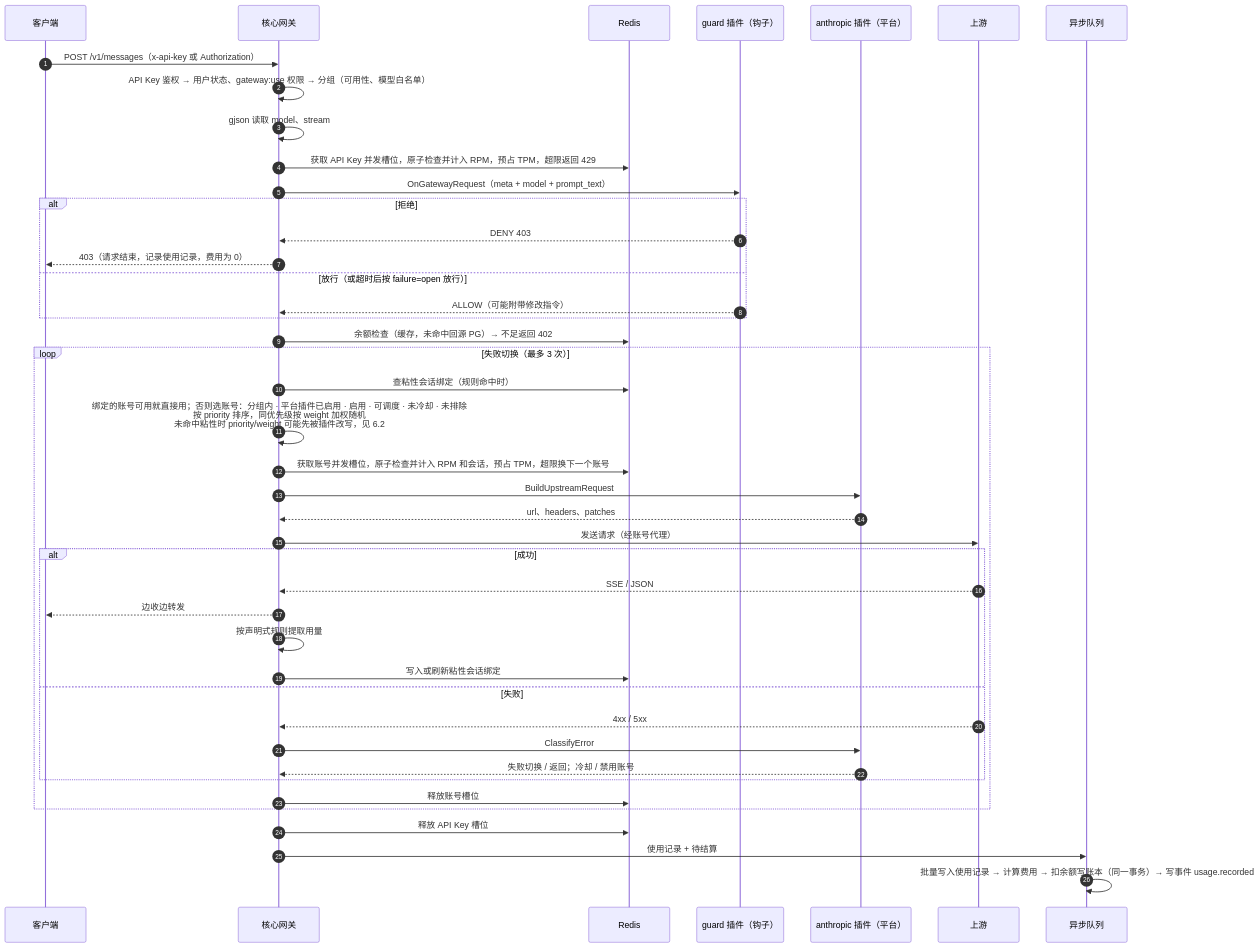
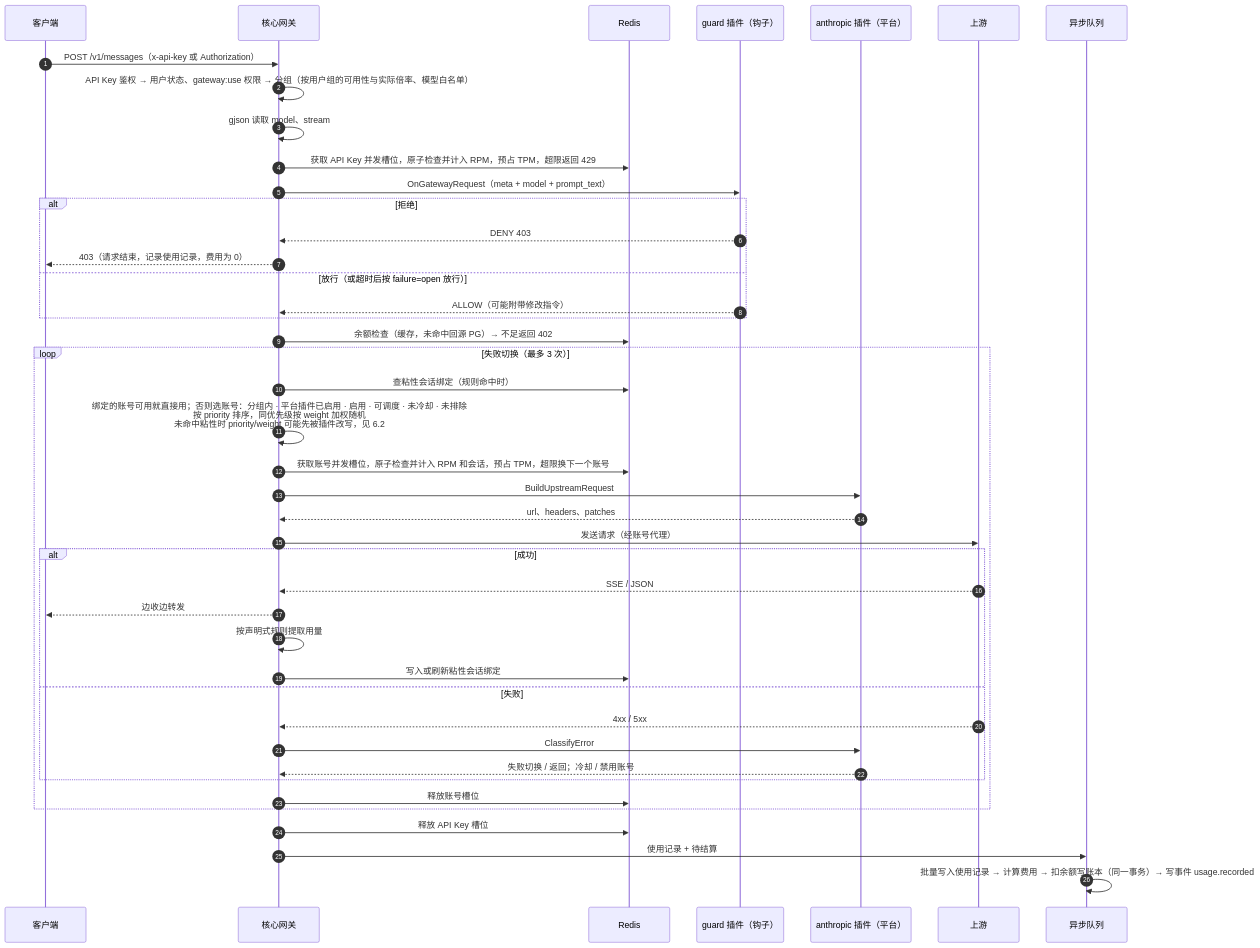
The eighth of 18 diagrams in next/docs/ARCHITECTURE.md (Sub2API-Devs/sup2api), drawn with Mermaid before and after one commit. The commit also changed other lines of this file and 9 other files, not shown here.

````diff
--- a/next/docs/ARCHITECTURE.md
+++ b/next/docs/ARCHITECTURE.md
@@ -684,46 +716,46 @@
 ```mermaid
 sequenceDiagram
   autonumber
   participant C as 客户端
   participant GW as 核心网关
   participant R as Redis
   participant H as guard 插件（钩子）
   participant P as anthropic 插件（平台）
   participant U as 上游
   participant Q as 异步队列
 
   C->>GW: POST /v1/messages（x-api-key 或 Authorization）
-  GW->>GW: API Key 鉴权 → 用户状态、gateway:use 权限 → 分组（可用性、模型白名单）
+  GW->>GW: API Key 鉴权 → 用户状态、gateway:use 权限 → 分组（按用户组的可用性与实际倍率、模型白名单）
   GW->>GW: gjson 读取 model、stream
   GW->>R: 获取 API Key 并发槽位，原子检查并计入 RPM，预占 TPM，超限返回 429
   GW->>H: OnGatewayRequest（meta + model + prompt_text）
   alt 拒绝
     H-->>GW: DENY 403
     GW-->>C: 403（请求结束，记录使用记录，费用为 0）
   else 放行（或超时后按 failure=open 放行）
     H-->>GW: ALLOW（可能附带修改指令）
   end
   GW->>R: 余额检查（缓存，未命中回源 PG）→ 不足返回 402
   loop 失败切换（最多 3 次）
     GW->>R: 查粘性会话绑定（规则命中时）
     GW->>GW: 绑定的账号可用就直接用；否则选账号：分组内 · 平台插件已启用 · 启用 · 可调度 · 未冷却 · 未排除<br/>按 priority 排序，同优先级按 weight 加权随机<br/>未命中粘性时 priority/weight 可能先被插件改写，见 6.2
     GW->>R: 获取账号并发槽位，原子检查并计入 RPM 和会话，预占 TPM，超限换下一个账号
     GW->>P: BuildUpstreamRequest
     P-->>GW: url、headers、patches
     GW->>U: 发送请求（经账号代理）
     alt 成功
       U-->>GW: SSE / JSON
       GW-->>C: 边收边转发
       GW->>GW: 按声明式规则提取用量
       GW->>R: 写入或刷新粘性会话绑定
     else 失败
       U-->>GW: 4xx / 5xx
       GW->>P: ClassifyError
       P-->>GW: 失败切换 / 返回；冷却 / 禁用账号
     end
     GW->>R: 释放账号槽位
   end
   GW->>R: 释放 API Key 槽位
   GW->>Q: 使用记录 + 待结算
   Q->>Q: 批量写入使用记录 → 计算费用 → 扣余额写账本（同一事务）→ 写事件 usage.recorded
 ```
````
